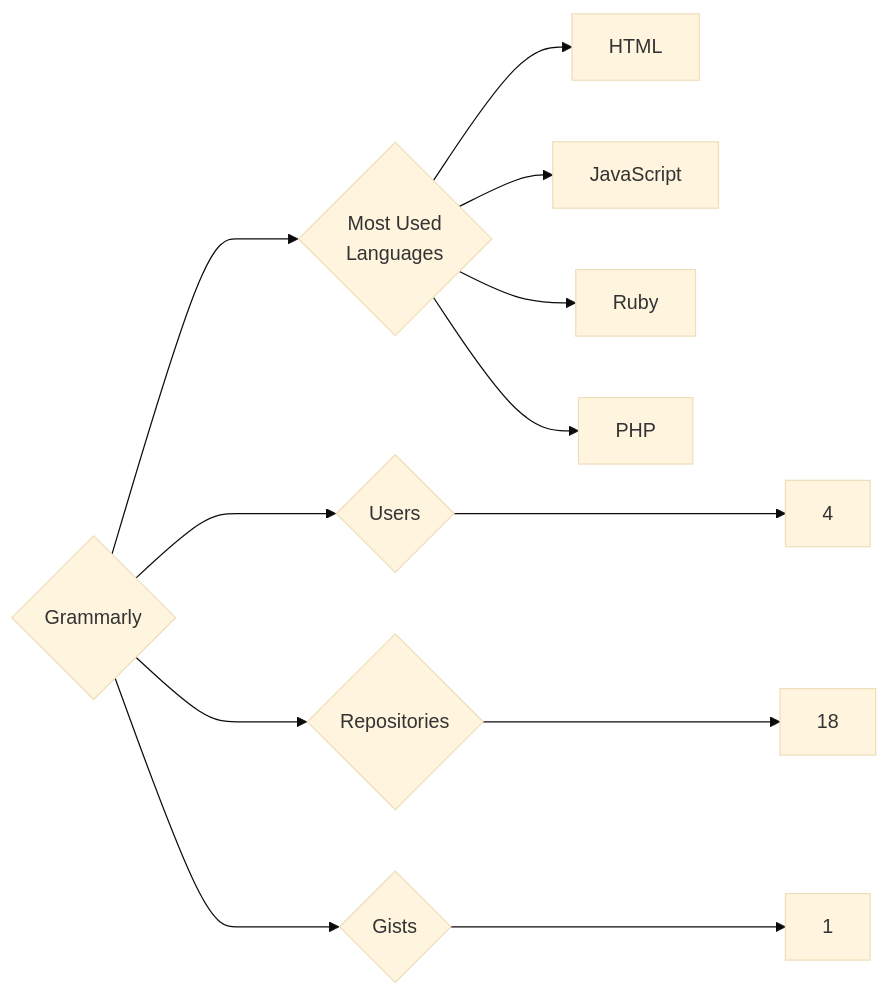
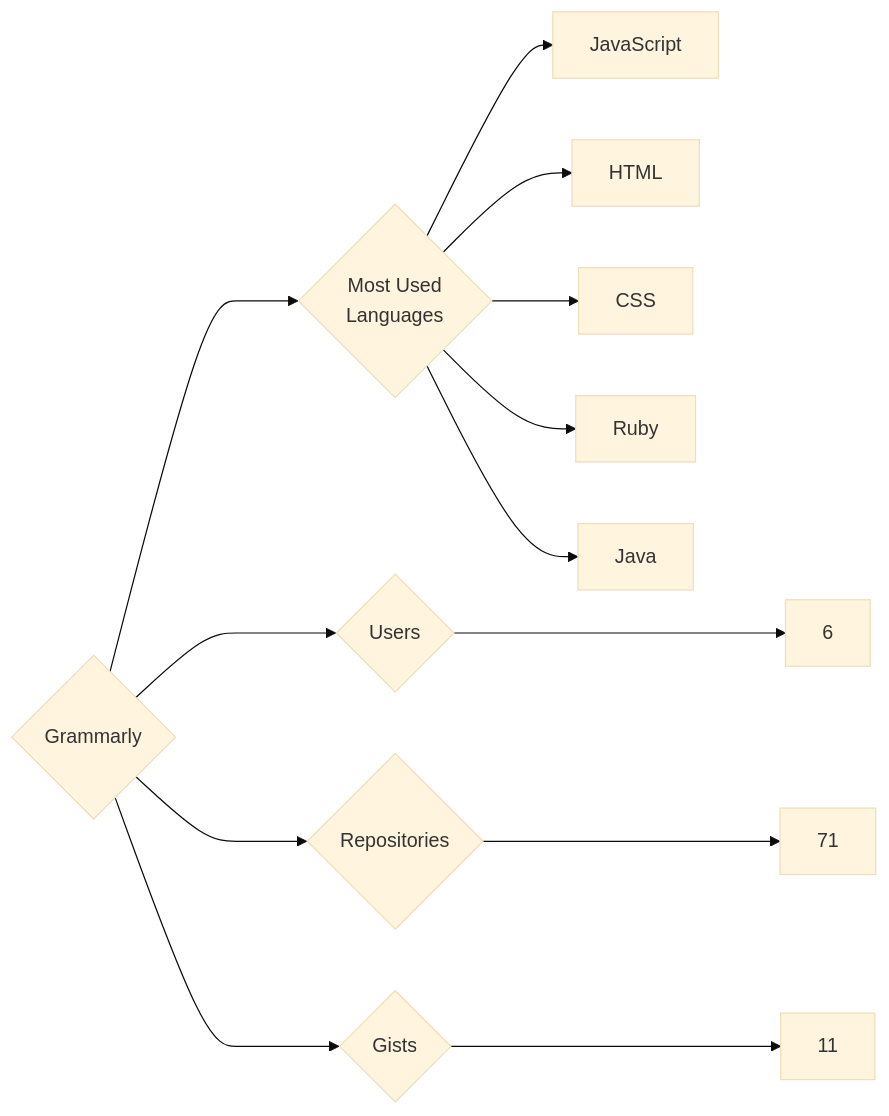
Before and after one commit to trickest/insiders: the diagram in targets/Grammarly/README.md, drawn with Mermaid (base theme). The commit also changed 783 other files, not shown here.

````diff
--- a/targets/Grammarly/README.md
+++ b/targets/Grammarly/README.md
@@ -3,12 +3,13 @@
 ```mermaid
 graph LR
 COMPANY_NAME{Grammarly}
-COMPANY_NAME ---> U{Users} ---> UN[4]
-COMPANY_NAME ---> R{Repositories} ---> RN[18]
-COMPANY_NAME ---> G{Gists} ---> GN[1]
+COMPANY_NAME ---> U{Users} ---> UN[6]
+COMPANY_NAME ---> R{Repositories} ---> RN[71]
+COMPANY_NAME ---> G{Gists} ---> GN[11]
 COMPANY_NAME ---> ML{Most Used<br>Languages}
+ML --> JavaScript[JavaScript]
 ML --> HTML[HTML]
-ML --> JavaScript[JavaScript]
+ML --> CSS[CSS]
 ML --> Ruby[Ruby]
-ML --> PHP[PHP]
+ML --> Java[Java]
 ```
````
